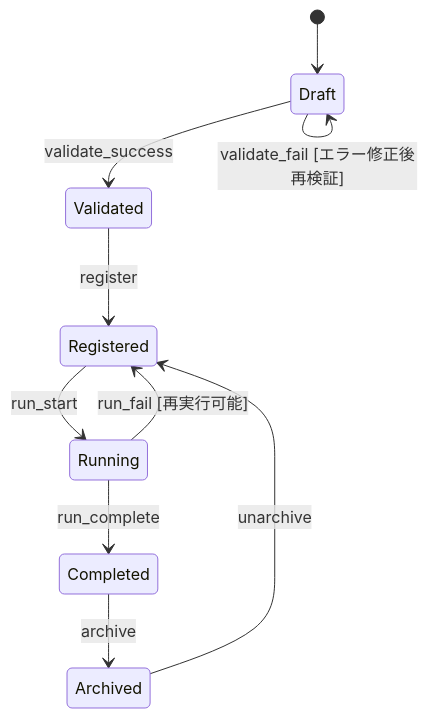
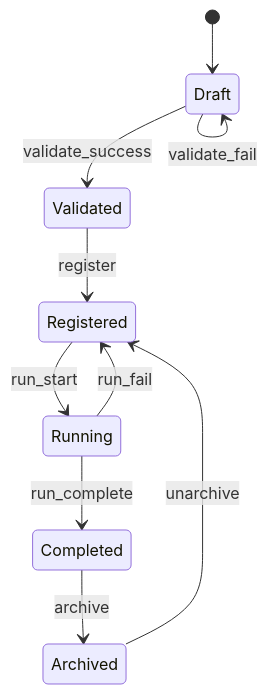
One commit to bottlenome/gridflow changed the third of 4 diagrams in docs/detailed_design/05_state_transition.md. Above: the diagram before and after it, drawn with Mermaid. The commit also changed other lines of this file, not shown here.

````diff
--- a/docs/detailed_design/05_state_transition.md
+++ b/docs/detailed_design/05_state_transition.md
@@ -114,12 +115,12 @@
 ```mermaid
 stateDiagram-v2
     [*] --> Draft
     Draft --> Validated : validate_success
-    Draft --> Draft : validate_fail [エラー修正後再検証]
+    Draft --> Draft : validate_fail
     Validated --> Registered : register
     Registered --> Running : run_start
     Running --> Completed : run_complete
-    Running --> Registered : run_fail [再実行可能]
+    Running --> Registered : run_fail
     Completed --> Archived : archive
     Archived --> Registered : unarchive
 ```
````
